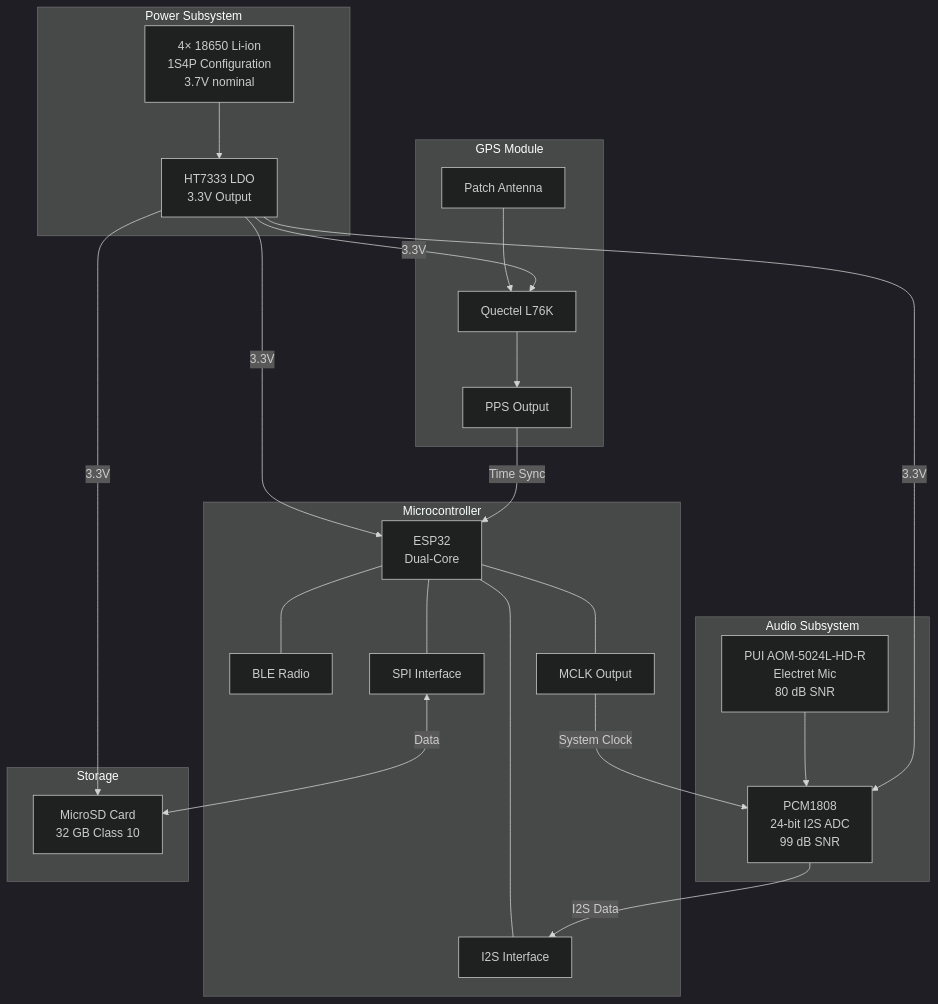
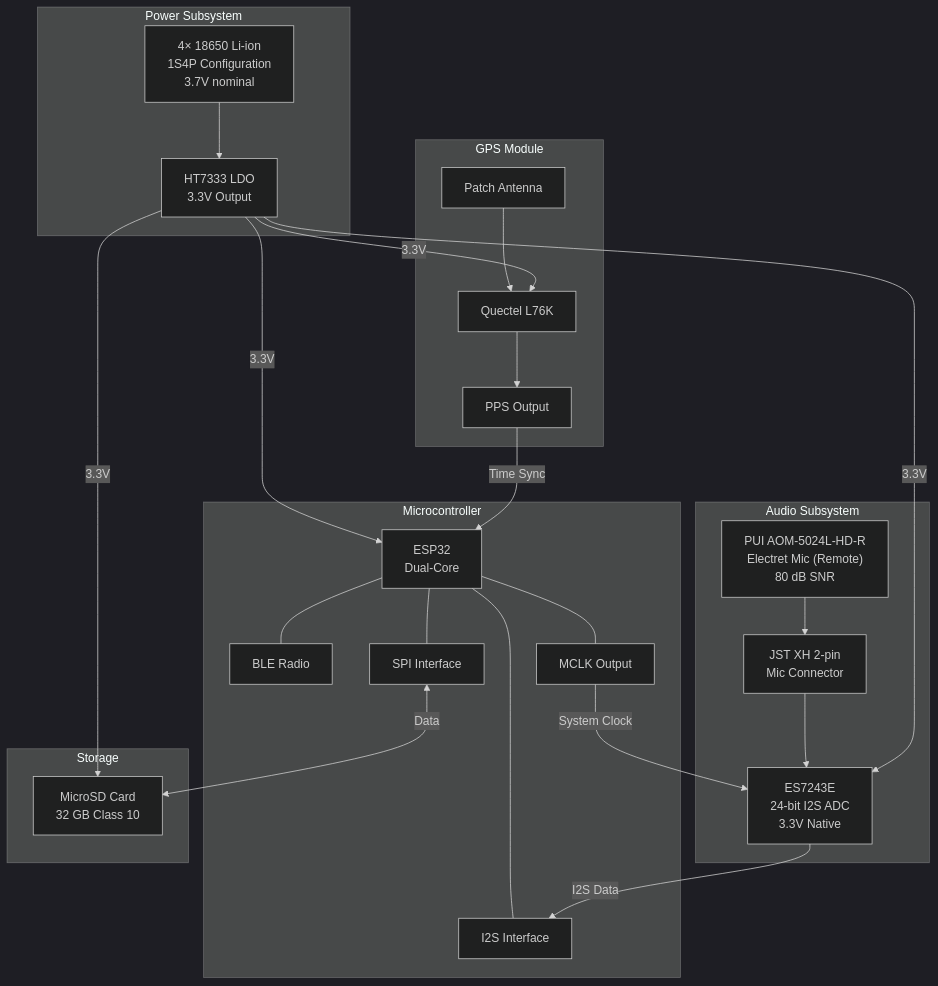
One commit to chriskinal/QuailTracker changed the first of 7 diagrams in QuailARU_Design_Document.md. Above: the diagram before and after it, drawn with Mermaid (dark theme). The commit also changed other lines of this file and 2 other files, not shown here.

First line of the commit message:
Update design doc with ES7243E ADC and add schematic reference

````diff
--- a/QuailARU_Design_Document.md
+++ b/QuailARU_Design_Document.md
@@ -47,48 +47,49 @@
 ```mermaid
 flowchart TB
     subgraph Power["Power Subsystem"]
         BAT["4× 18650 Li-ion<br/>1S4P Configuration<br/>3.7V nominal"]
         LDO["HT7333 LDO<br/>3.3V Output"]
         BAT --> LDO
     end
 
     subgraph GPS["GPS Module"]
         L76K["Quectel L76K"]
         ANT["Patch Antenna"]
         PPS["PPS Output"]
         ANT --> L76K
         L76K --> PPS
     end
 
     subgraph MCU["Microcontroller"]
         ESP["ESP32<br/>Dual-Core"]
         BLE["BLE Radio"]
         I2S["I2S Interface"]
         SPI["SPI Interface"]
         MCLK["MCLK Output"]
         ESP --- BLE
         ESP --- I2S
         ESP --- SPI
         ESP --- MCLK
     end
 
     subgraph Audio["Audio Subsystem"]
-        MIC["PUI AOM-5024L-HD-R<br/>Electret Mic<br/>80 dB SNR"]
-        ADC["PCM1808<br/>24-bit I2S ADC<br/>99 dB SNR"]
-        MIC --> ADC
+        MIC["PUI AOM-5024L-HD-R<br/>Electret Mic (Remote)<br/>80 dB SNR"]
+        CONN["JST XH 2-pin<br/>Mic Connector"]
+        ADC["ES7243E<br/>24-bit I2S ADC<br/>3.3V Native"]
+        MIC --> CONN --> ADC
     end
 
     subgraph Storage["Storage"]
         SD["MicroSD Card<br/>32 GB Class 10"]
     end
 
     LDO -->|3.3V| ESP
     LDO -->|3.3V| ADC
     LDO -->|3.3V| L76K
     LDO -->|3.3V| SD
 
     PPS -->|Time Sync| ESP
     ADC -->|I2S Data| I2S
     MCLK -->|System Clock| ADC
     SPI <-->|Data| SD
 ```
````
